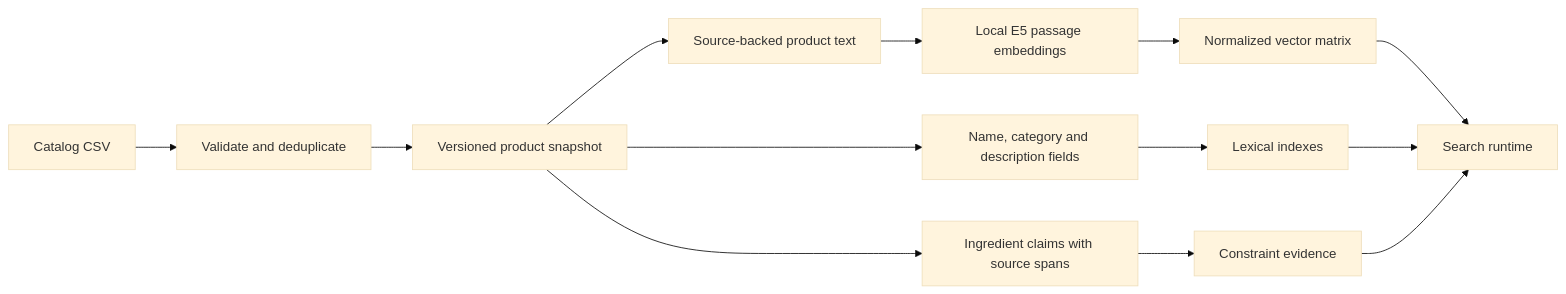
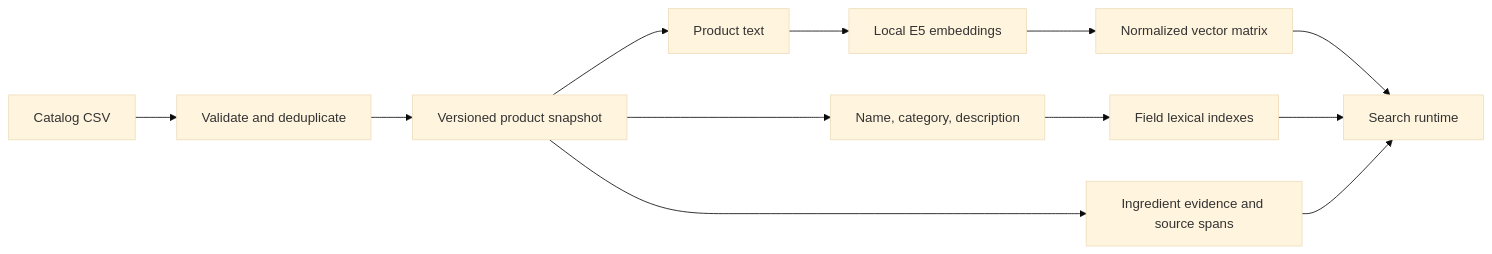
The first of 2 diagrams in README.md (oscar-omlf/prosus-retrieval), drawn with Mermaid (base theme) before and after one commit. The commit also changed other lines of this file and 2 other files, not shown here.

Commit message:
docs: explain the pipeline and source-only repository layout

````diff
--- a/README.md
+++ b/README.md
@@ -53,15 +39,14 @@
 ```mermaid
 flowchart LR
     A[Catalog CSV] --> B[Validate and deduplicate]
     B --> C[Versioned product snapshot]
-    C --> D[Source-backed product text]
-    C --> E[Name, category and description fields]
-    C --> F[Ingredient claims with source spans]
-    D --> G[Local E5 passage embeddings]
+    C --> D[Product text]
+    C --> E[Name, category, description]
+    C --> F[Ingredient evidence and source spans]
+    D --> G[Local E5 embeddings]
     G --> H[Normalized vector matrix]
-    E --> I[Lexical indexes]
-    F --> J[Constraint evidence]
-    H --> K[Search runtime]
-    I --> K
-    J --> K
+    E --> I[Field lexical indexes]
+    H --> J[Search runtime]
+    I --> J
+    F --> J
 ```
````
